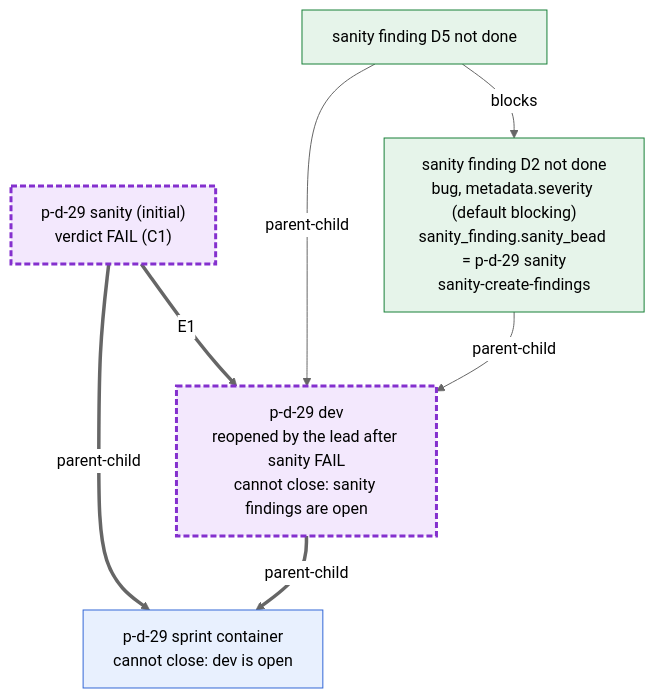
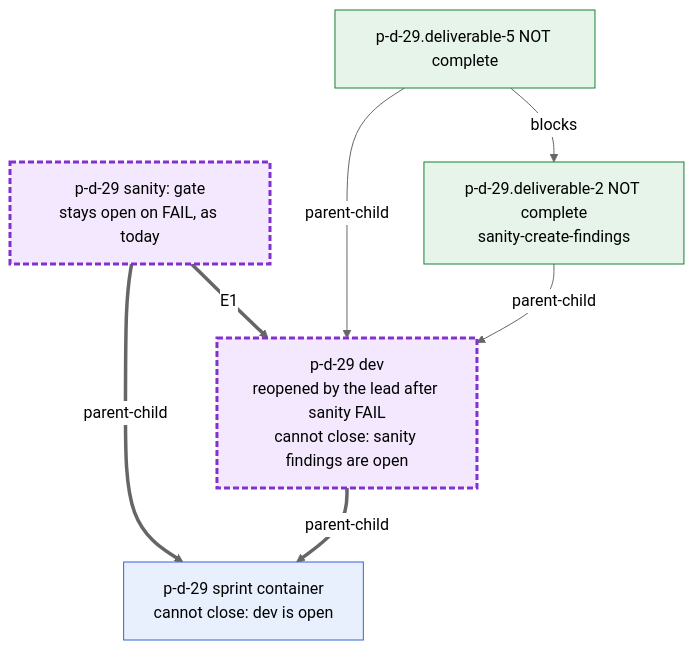
Before and after one commit to randlee/atm-bd-orchestration: the fourth of 4 diagrams in docs/diagrams/04-sprint-to-be.md, drawn with Mermaid (neutral theme). The commit also changed other lines of this file and 5 other files, not shown here.

First line of the commit message:
docs: record Rand's Q1, N7-N10 rulings in the bead diagrams

````diff
--- a/docs/diagrams/04-sprint-to-be.md
+++ b/docs/diagrams/04-sprint-to-be.md
@@ -182,19 +186,19 @@
 ```mermaid
 flowchart TB
   classDef tmpl fill:#e8f0fe,stroke:#3367d6,color:#000
   classDef poured fill:#f3e8fd,stroke:#8430ce,stroke-width:3px,stroke-dasharray:6 3,color:#000
   classDef script fill:#e6f4ea,stroke:#188038,color:#000
 
   SPR["p-d-29 sprint container<br/>cannot close: dev is open"]:::tmpl
   DEV["p-d-29 dev<br/>reopened by the lead after sanity FAIL<br/>cannot close: sanity findings are open"]:::poured
-  SAN["p-d-29 sanity (initial)<br/>verdict FAIL (C1)"]:::poured
-  SF1["sanity finding D2 not done<br/>bug, metadata.severity (default blocking)<br/>sanity_finding.sanity_bead = p-d-29 sanity<br/>sanity-create-findings"]:::script
-  SF2["sanity finding D5 not done"]:::script
+  SAN["p-d-29 sanity: gate<br/>stays open on FAIL, as today"]:::poured
+  SF1["p-d-29.deliverable-2 NOT complete<br/>sanity-create-findings"]:::script
+  SF2["p-d-29.deliverable-5 NOT complete"]:::script
 
   DEV ==>|parent-child| SPR
   SAN ==>|parent-child| SPR
   SAN ==>|"E1"| DEV
   SF1 -->|parent-child| DEV
   SF2 -->|parent-child| DEV
   SF2 -->|blocks| SF1
 ```
````
